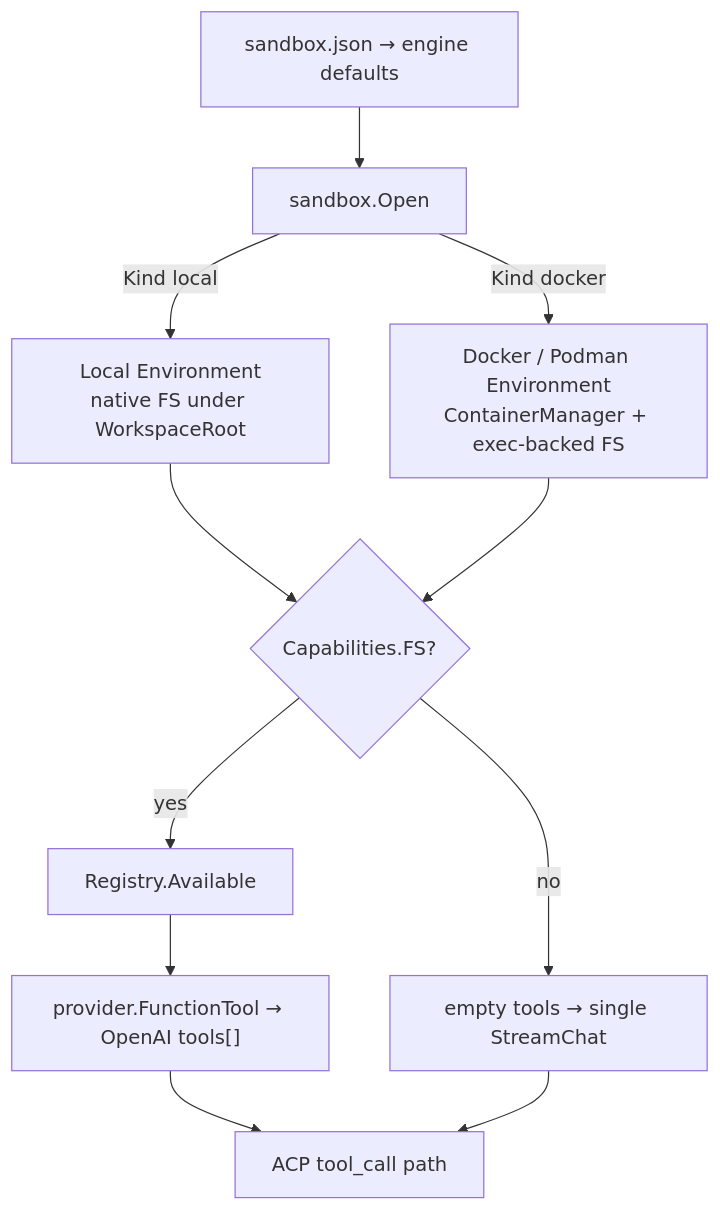
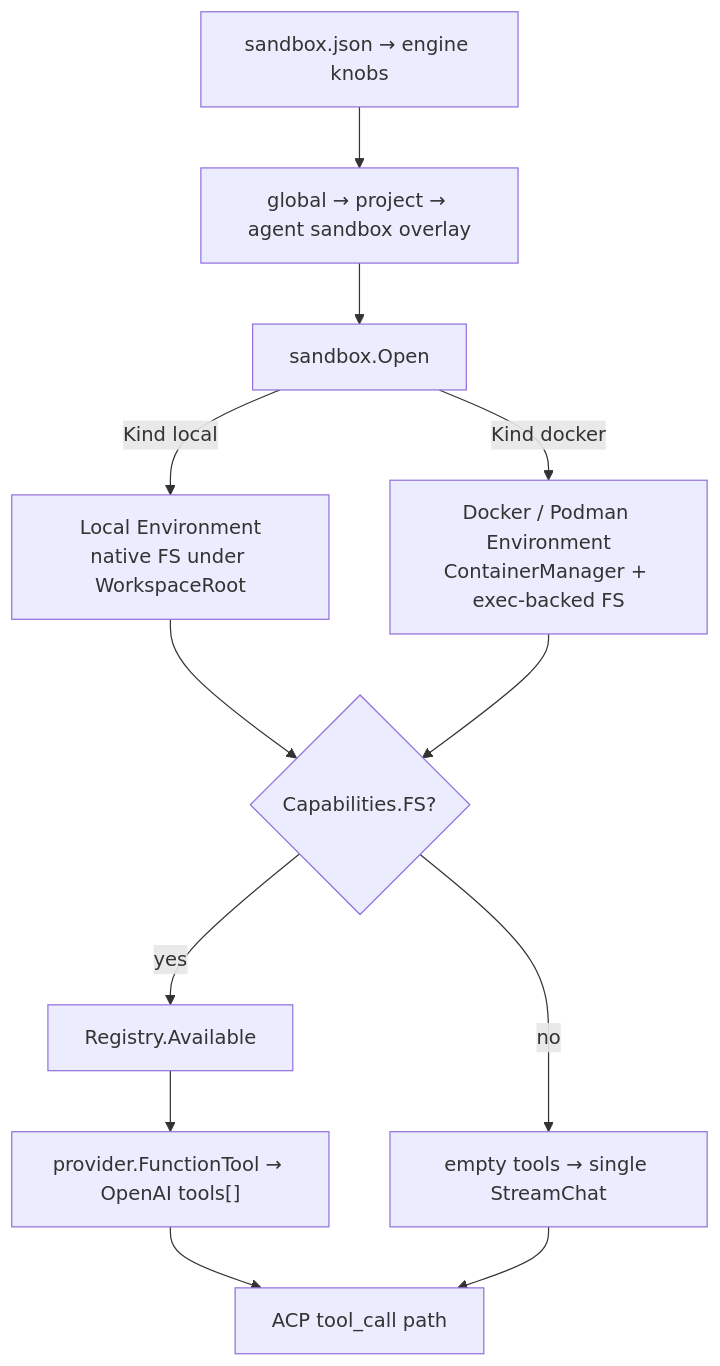
The fifth of 6 diagrams in docs/architecture.md (tryy3/agent-fabric), drawn with Mermaid before and after one commit. The commit also changed other lines of this file and 40 other files, not shown here.

First line of the commit message:
feat(settings): overlay plumbing for global sandbox defaults

````diff
--- a/docs/architecture.md
+++ b/docs/architecture.md
@@ -246,13 +246,14 @@
 ```mermaid
 flowchart TB
-  Config["sandbox.json → engine defaults"] --> Open["sandbox.Open"]
+  Config["sandbox.json → engine knobs"] --> Overlay["global → project → agent sandbox overlay"]
+  Overlay --> Open["sandbox.Open"]
   Open -->|Kind local| Local["Local Environment<br/>native FS under WorkspaceRoot"]
   Open -->|Kind docker| Docker["Docker / Podman Environment<br/>ContainerManager + exec-backed FS"]
   Local --> Caps{Capabilities.FS?}
   Docker --> Caps
   Caps -->|yes| Tools["Registry.Available"]
   Caps -->|no| None["empty tools → single StreamChat"]
   Tools --> Adapt["provider.FunctionTool → OpenAI tools[]"]
   Adapt --> SamePath["ACP tool_call path"]
   None --> SamePath
 ```
````
